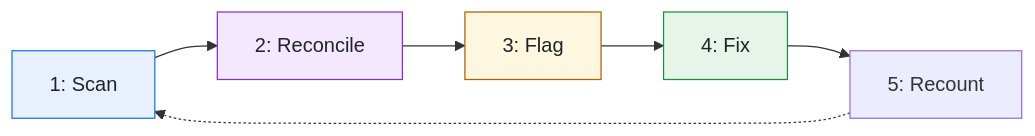
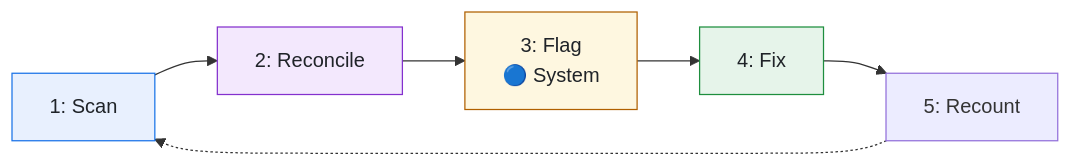
Before and after one commit to alex-yanchenko/skaldr: the first of 4 diagrams in tests/golden/example.markdown/page.md, drawn with Mermaid. The commit also changed other lines of this file and 26 other files, not shown here.

````diff
--- a/tests/golden/example.markdown/page.md
+++ b/tests/golden/example.markdown/page.md
@@ -61,17 +56,17 @@
 ```mermaid
 flowchart LR
     s1["1: Scan"]:::info
     s2["2: Reconcile"]:::accent
-    s3["3: Flag"]:::warning
+    s3["3: Flag<br>🔵 System"]:::warning
     s4["4: Fix"]:::success
     s5["5: Recount"]
     s1 --> s2
     s2 --> s3
     s3 --> s4
     s4 --> s5
     s5 -.-> s1
     classDef accent fill:#f3e8fd,stroke:#8430ce,color:#1f2328
     classDef info fill:#e8f0fe,stroke:#1a73e8,color:#1f2328
     classDef success fill:#e6f4ea,stroke:#1e8e3e,color:#1f2328
     classDef warning fill:#fef7e0,stroke:#b06000,color:#1f2328
 ```
````
